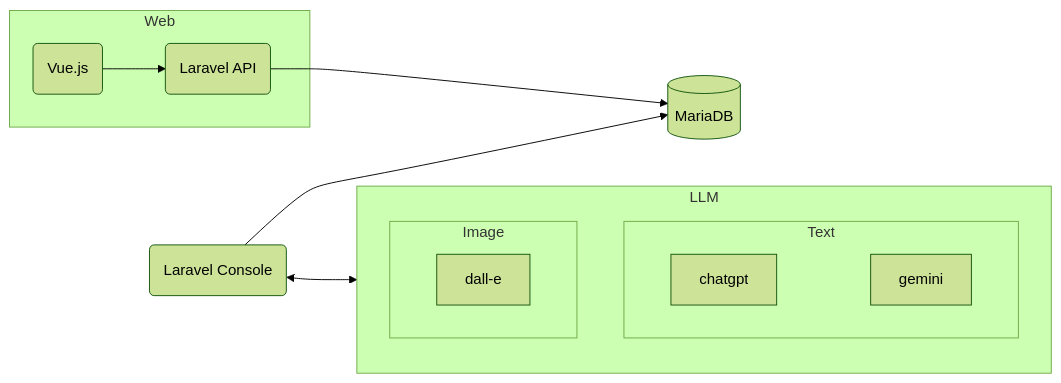
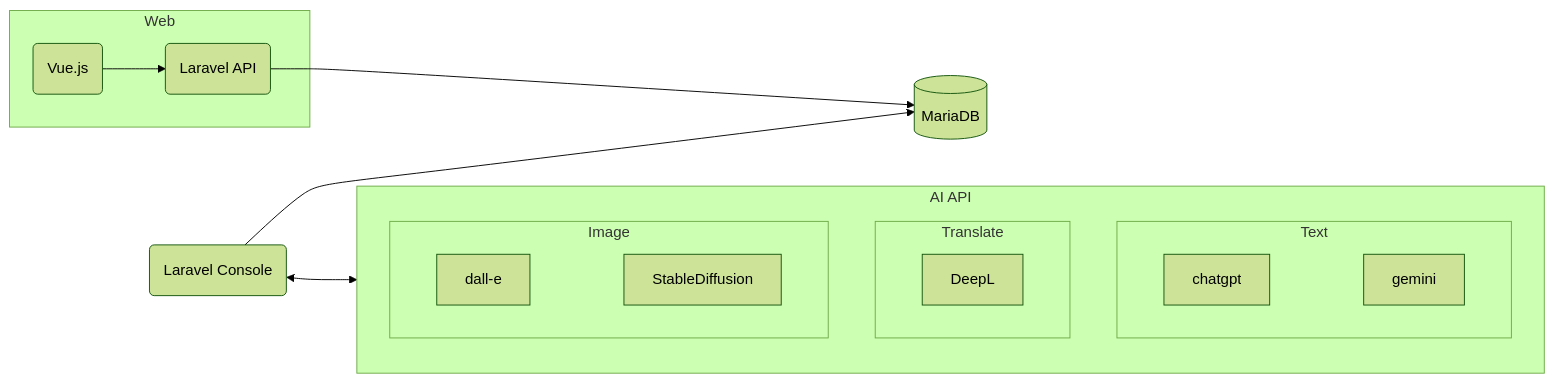
The first of 2 diagrams in README.md (joyrswd/article), drawn with Mermaid (forest theme) before and after one commit. The commit also changed other lines of this file and 11 other files, not shown here.

````diff
--- a/README.md
+++ b/README.md
@@ -37,24 +38,28 @@
 ```mermaid
 graph LR
 
-subgraph LLM
+subgraph AI[AI API]
     subgraph Text
         chatgpt
         ~~~gemini
     end
+    subgraph Translate
+        DeepL
+    end
     subgraph Image
         dall-e
+        ~~~StableDiffusion
     end
 end
 
 Batch(Laravel Console)
 DB[(MariaDB)]
 
 subgraph Web
 Front(Vue.js) --> API(Laravel API)
 end
 
-Batch <--> LLM
+Batch <--> AI
 Batch --> DB
 API --> DB
 ```
````
